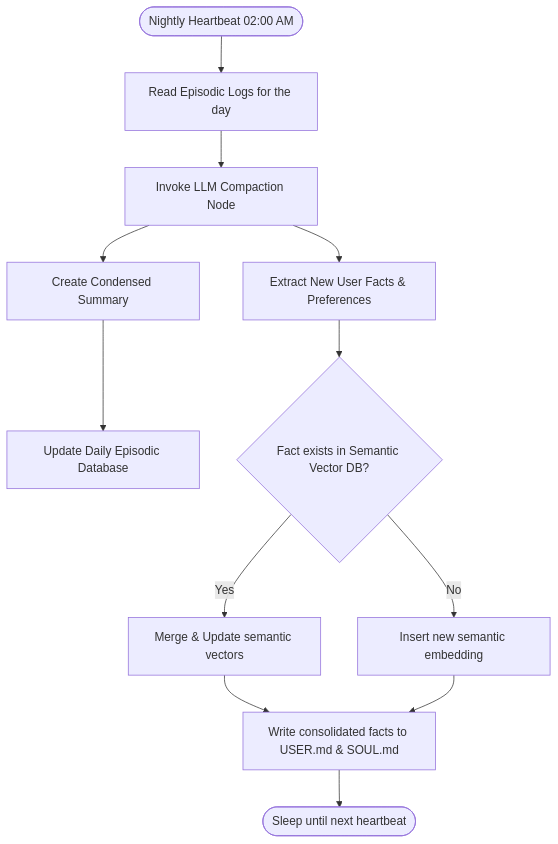
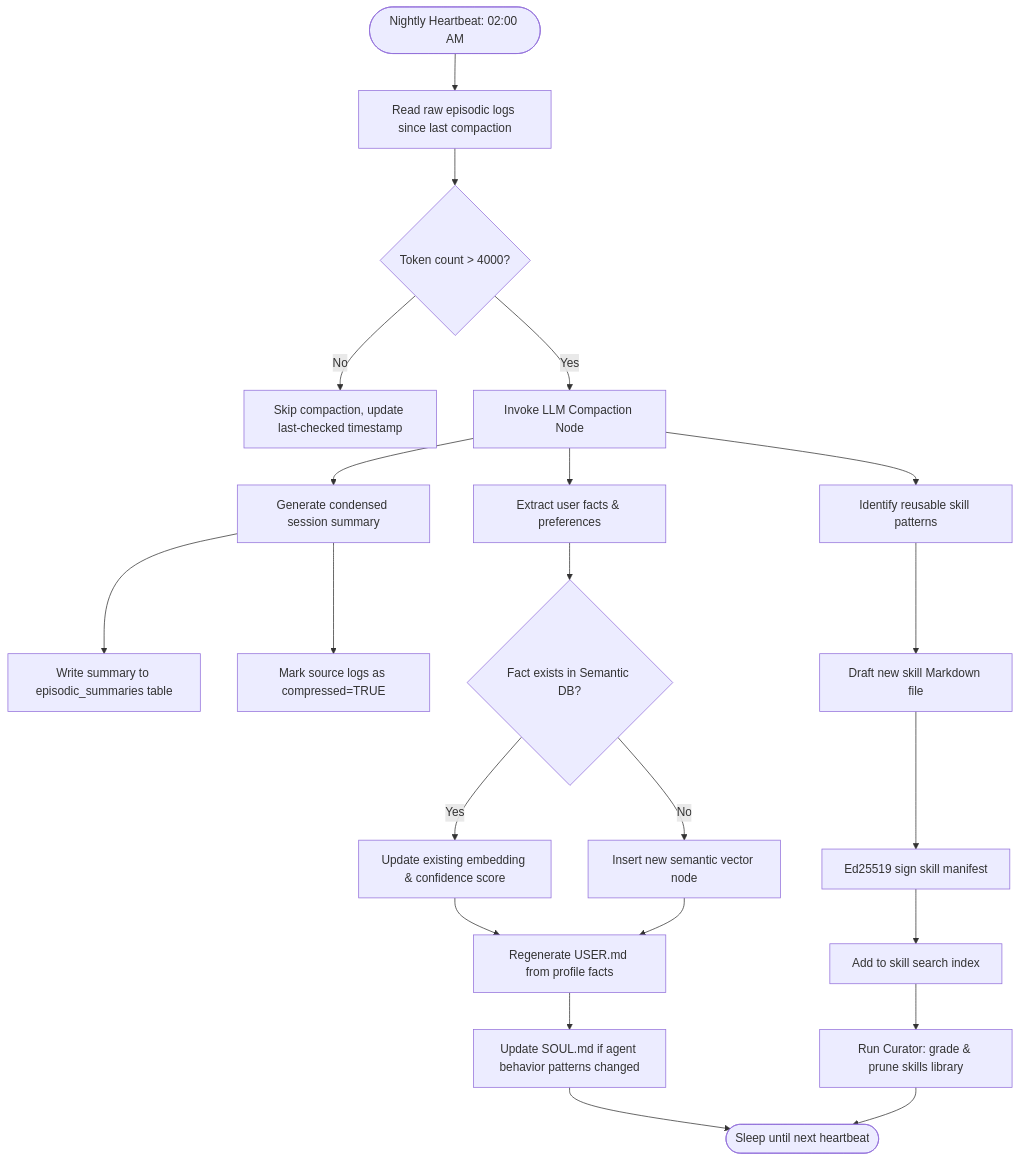
Before and after one commit to joker0210G/Hydragent: the third of 3 diagrams in ARCHITECTURE.md, drawn with Mermaid. The commit also changed other lines of this file and 3 other files, not shown here.

Commit message:
docs: expand architecture and feature documentation to include comprehensive taxonomy and multi-tier memory specifications.

````diff
--- a/ARCHITECTURE.md
+++ b/ARCHITECTURE.md
@@ -91,19 +434,27 @@
 ```mermaid
 flowchart TD
-    Start([Nightly Heartbeat 02:00 AM]) --> ReadLogs[Read Episodic Logs for the day]
-    ReadLogs --> LLMCompress[Invoke LLM Compaction Node]
+    A([Nightly Heartbeat: 02:00 AM]) --> B[Read raw episodic logs since last compaction]
+    B --> C{Token count > 4000?}
+    C -- No --> D[Skip compaction, update last-checked timestamp]
+    C -- Yes --> E[Invoke LLM Compaction Node]
     
-    LLMCompress --> CompSummary[Create Condensed Summary]
-    LLMCompress --> ExtrFacts[Extract New User Facts & Preferences]
+    E --> F[Generate condensed session summary]
+    E --> G[Extract user facts & preferences]
+    E --> H[Identify reusable skill patterns]
     
-    CompSummary --> SaveEpisodic[Update Daily Episodic Database]
-    ExtrFacts --> VectorSearch{Fact exists in Semantic Vector DB?}
+    F --> I[Write summary to episodic_summaries table]
+    F --> J[Mark source logs as compressed=TRUE]
     
-    VectorSearch -- Yes --> UpdateFacts[Merge & Update semantic vectors]
-    VectorSearch -- No --> WriteFacts[Insert new semantic embedding]
+    G --> K{Fact exists in Semantic DB?}
+    K -- Yes --> L[Update existing embedding & confidence score]
+    K -- No --> M[Insert new semantic vector node]
+    L & M --> N[Regenerate USER.md from profile facts]
     
-    UpdateFacts --> UpdateMarkdown[Write consolidated facts to USER.md & SOUL.md]
-    WriteFacts --> UpdateMarkdown
+    H --> O[Draft new skill Markdown file]
+    O --> P[Ed25519 sign skill manifest]
+    P --> Q[Add to skill search index]
     
-    UpdateMarkdown --> End([Sleep until next heartbeat])
+    N --> R[Update SOUL.md if agent behavior patterns changed]
+    Q --> S[Run Curator: grade & prune skills library]
+    R & S --> T([Sleep until next heartbeat])
 ```
````
